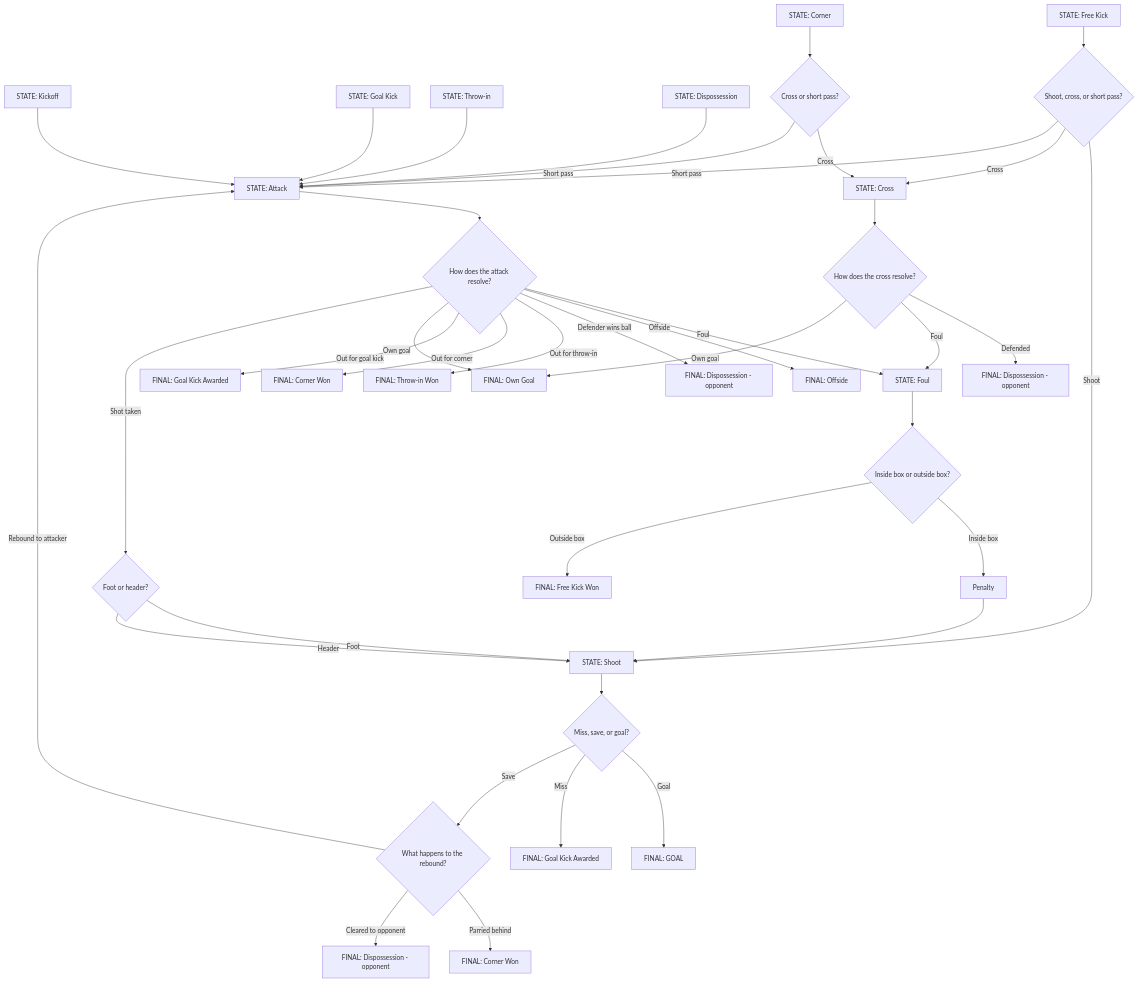
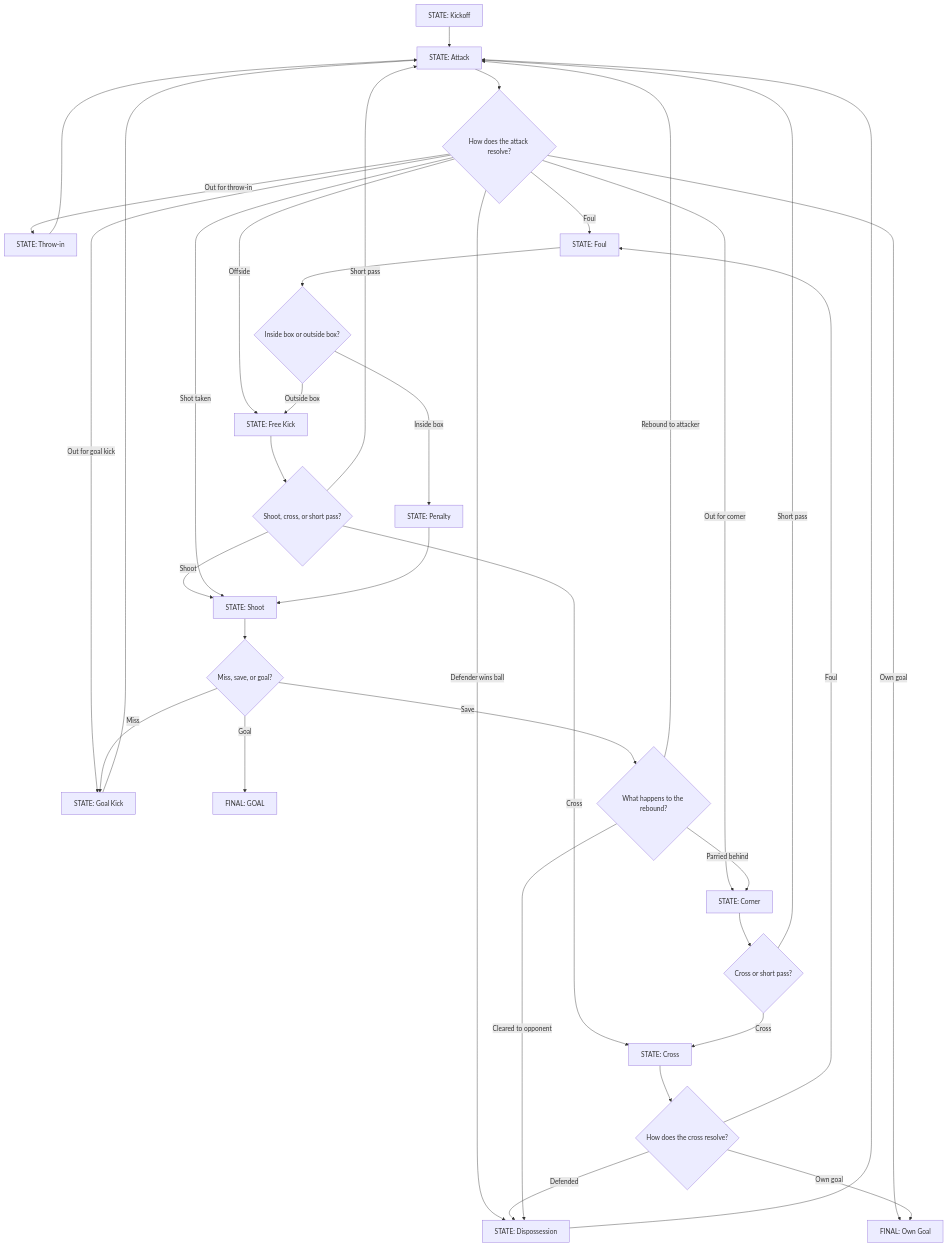
One commit to eddycimpanu/Football-Championship-Simulator-Old changed the diagram in football-championship-simulator/docs/match-simulation-decision-tree.md. Above: the diagram before and after it, drawn with Mermaid. The commit also changed other lines of this file and 9 other files, not shown here.

````diff
--- a/football-championship-simulator/docs/match-simulation-decision-tree.md
+++ b/football-championship-simulator/docs/match-simulation-decision-tree.md
@@ -22,46 +15,44 @@
 ```mermaid
 flowchart TD
     KICKOFF[STATE: Kickoff] --> ATTACK[STATE: Attack]
     GOALKICK[STATE: Goal Kick] --> ATTACK
     THROWIN[STATE: Throw-in] --> ATTACK
     DISPOSSESSION[STATE: Dispossession] --> ATTACK
 
     FREEKICK[STATE: Free Kick] --> FK1{Shoot, cross, or short pass?}
     FK1 -- Shoot --> SHOOT[STATE: Shoot]
     FK1 -- Cross --> CROSS[STATE: Cross]
     FK1 -- Short pass --> ATTACK
 
     CORNER[STATE: Corner] --> C1{Cross or short pass?}
     C1 -- Cross --> CROSS
     C1 -- Short pass --> ATTACK
 
     ATTACK --> A1{How does the attack resolve?}
     A1 -- Foul --> FOUL[STATE: Foul]
-    A1 -- Offside --> AOffside[FINAL: Offside]
-    A1 -- Defender wins ball --> ATurnover[FINAL: Dispossession - opponent]
-    A1 -- Out for throw-in --> AThrowin[FINAL: Throw-in Won]
-    A1 -- Out for corner --> ACorner[FINAL: Corner Won]
-    A1 -- Out for goal kick --> AGoalkick[FINAL: Goal Kick Awarded]
+    A1 -- Offside --> FREEKICK
+    A1 -- Defender wins ball --> DISPOSSESSION
+    A1 -- Out for throw-in --> THROWIN
+    A1 -- Out for corner --> CORNER
+    A1 -- Out for goal kick --> GOALKICK
     A1 -- Own goal --> OWNGOAL[FINAL: Own Goal]
-    A1 -- Shot taken --> A2{Foot or header?}
-    A2 -- Foot --> SHOOT
-    A2 -- Header --> SHOOT
+    A1 -- Shot taken --> SHOOT
 
     CROSS --> CR1{How does the cross resolve?}
-    CR1 -- Defended --> CRTurnover[FINAL: Dispossession - opponent]
+    CR1 -- Defended --> DISPOSSESSION
     CR1 -- Foul --> FOUL
     CR1 -- Own goal --> OWNGOAL
 
     FOUL --> F1{Inside box or outside box?}
-    F1 -- Inside box --> PENALTY[Penalty]
-    F1 -- Outside box --> FFreekick[FINAL: Free Kick Won]
+    F1 -- Inside box --> PENALTY[STATE: Penalty]
+    F1 -- Outside box --> FREEKICK
     PENALTY --> SHOOT
 
     SHOOT --> S1{Miss, save, or goal?}
     S1 -- Goal --> GOAL[FINAL: GOAL]
-    S1 -- Miss --> SMiss[FINAL: Goal Kick Awarded]
+    S1 -- Miss --> GOALKICK
     S1 -- Save --> S2{What happens to the rebound?}
     S2 -- Rebound to attacker --> ATTACK
-    S2 -- Parried behind --> ACorner2[FINAL: Corner Won]
-    S2 -- Cleared to opponent --> ATurnover2[FINAL: Dispossession - opponent]
+    S2 -- Parried behind --> CORNER
+    S2 -- Cleared to opponent --> DISPOSSESSION
 ```
````
